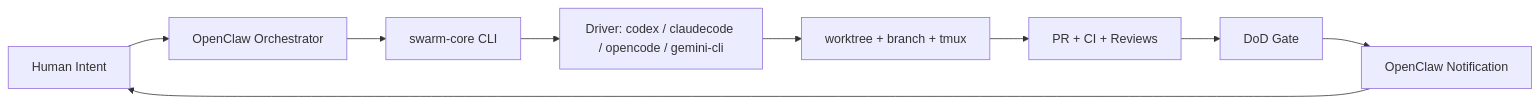
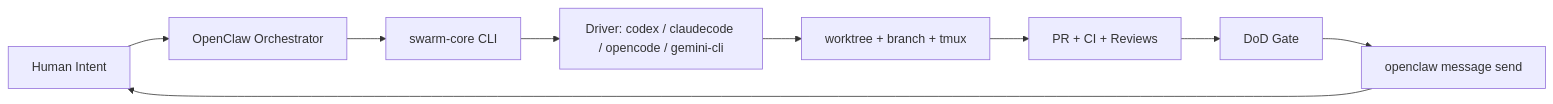
One commit to 30XCOMPANY/openclaw-swarm-core changed the diagram in README.md. Above: the diagram before and after it, drawn with Mermaid. The commit also changed other lines of this file, not shown here.

````diff
--- a/README.md
+++ b/README.md
@@ -18,11 +107,11 @@
 ```mermaid
 flowchart LR
     H["Human Intent"] --> O["OpenClaw Orchestrator"]
     O --> S["swarm-core CLI"]
     S --> D["Driver: codex / claudecode / opencode / gemini-cli"]
     D --> W["worktree + branch + tmux"]
     W --> P["PR + CI + Reviews"]
     P --> G["DoD Gate"]
-    G --> N["OpenClaw Notification"]
+    G --> N["openclaw message send"]
     N --> H
 ```
````
